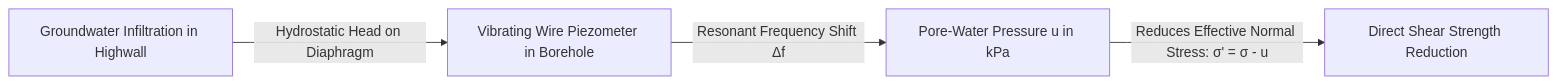
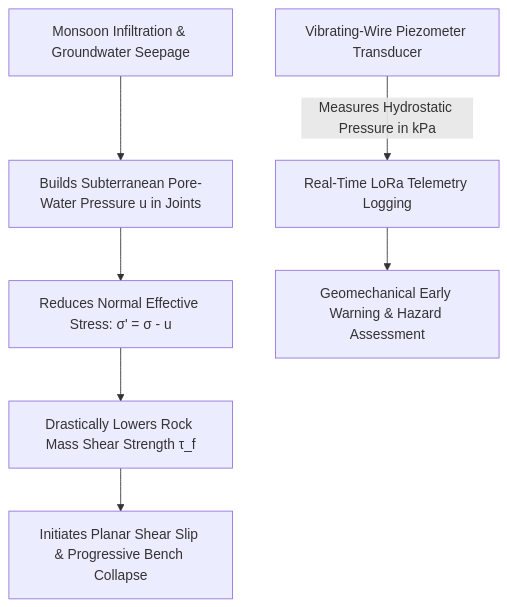
One commit to angelverman2021-a11y/Report changed the first of 10 diagrams in docs/11_Piezometers.md. Above: the diagram before and after it, drawn with Mermaid. The commit also changed other lines of this file, not shown here.

````diff
--- a/docs/11_Piezometers.md
+++ b/docs/11_Piezometers.md
@@ -16,6 +25,9 @@
 ```mermaid
-flowchart LR
-    A[Groundwater Infiltration in Highwall] -->|Hydrostatic Head on Diaphragm| B[Vibrating Wire Piezometer in Borehole]
-    B -->|Resonant Frequency Shift Δf| C[Pore-Water Pressure u in kPa]
-    C -->|Reduces Effective Normal Stress: σ' = σ - u| D[Direct Shear Strength Reduction]
+flowchart TD
+    RAIN[Monsoon Infiltration & Groundwater Seepage] --> PORE[Builds Subterranean Pore-Water Pressure u in Joints]
+    PORE --> EFFECTIVE[Reduces Normal Effective Stress: σ' = σ - u]
+    EFFECTIVE --> SHEAR_LOSS[Drastically Lowers Rock Mass Shear Strength τ_f]
+    SHEAR_LOSS --> INSTAB[Initiates Planar Shear Slip & Progressive Bench Collapse]
+    SENS[Vibrating-Wire Piezometer Transducer] -->|Measures Hydrostatic Pressure in kPa| TELEM[Real-Time LoRa Telemetry Logging]
+    TELEM --> RISK[Geomechanical Early Warning & Hazard Assessment]
 ```
````
